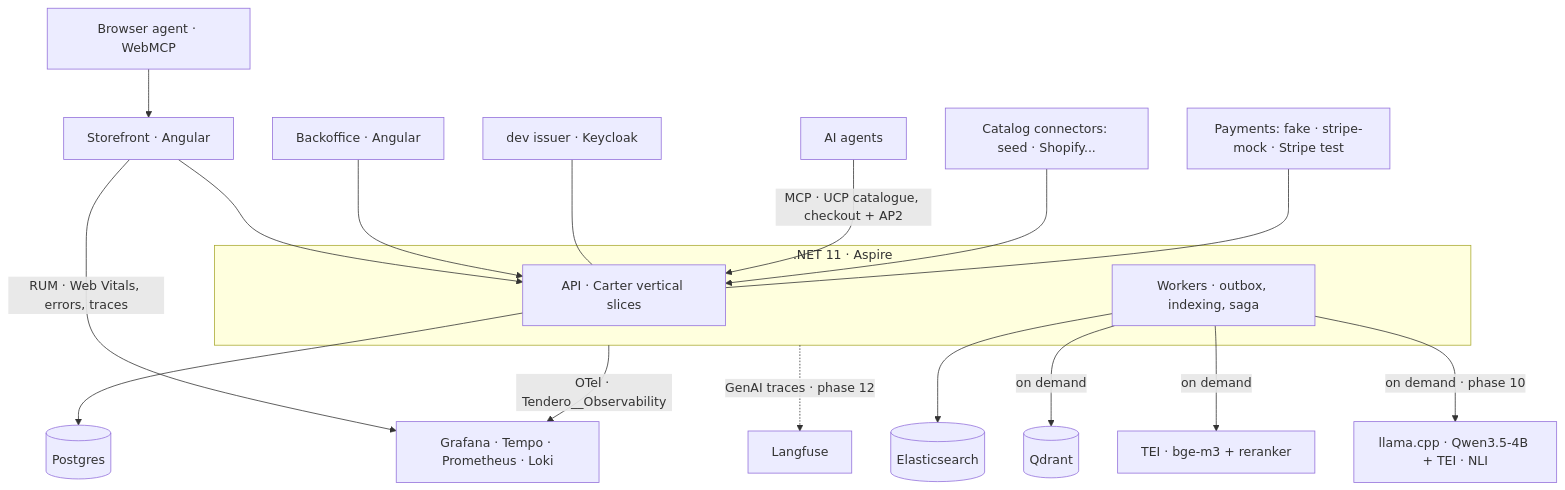
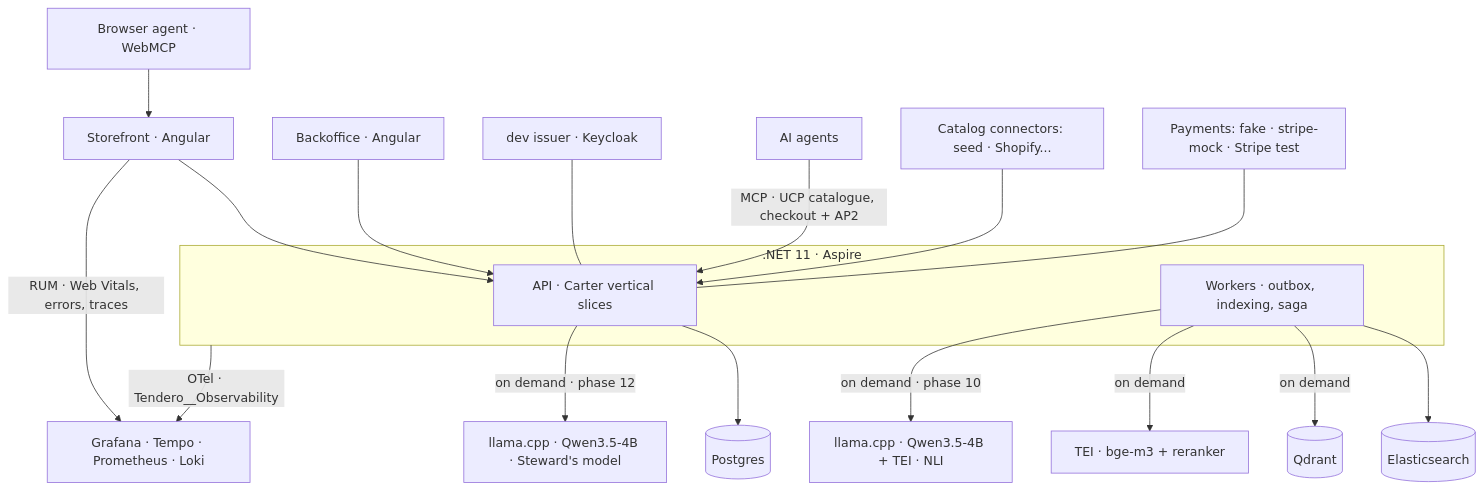
Before and after one commit to juanluelguerre/tendero: the first of 4 diagrams in README.md, drawn with Mermaid. The commit also changed other lines of this file and 5 other files, not shown here.

First line of the commit message:
docs: phase 12 closed — ADR 0019, the architecture in the README, Stryker's baselines and the captures

````diff
--- a/README.md
+++ b/README.md
@@ -105,22 +116,22 @@
 ```mermaid
 flowchart TB
     WM[Browser agent · WebMCP] --> SF
     SF[Storefront · Angular] --> API
     BO[Backoffice · Angular] --> API
     IDP[dev issuer · Keycloak] --- API
     AG[AI agents] -->|MCP · UCP catalogue, checkout + AP2| API
     subgraph Backend [.NET 11 · Aspire]
         API[API · Carter vertical slices]
         WK[Workers · outbox, indexing, saga]
     end
     API --> PG[(Postgres)]
     WK --> ES[(Elasticsearch)]
     WK -->|on demand| QD[(Qdrant)]
     WK -->|on demand| OL[TEI · bge-m3 + reranker]
     Backend -->|OTel · Tendero__Observability| OBS[Grafana · Tempo · Prometheus · Loki]
     SF -->|RUM · Web Vitals, errors, traces| OBS
     WK -->|on demand · phase 10| KN[llama.cpp · Qwen3.5-4B + TEI · NLI]
-    Backend -.->|GenAI traces · phase 12| LF[Langfuse]
+    API -->|on demand · phase 12| ST[llama.cpp · Qwen3.5-4B · Steward's model]
     EXT[Catalog connectors: seed · Shopify...] --> API
     PAY[Payments: fake · stripe-mock · Stripe test] --- API
 ```
````
